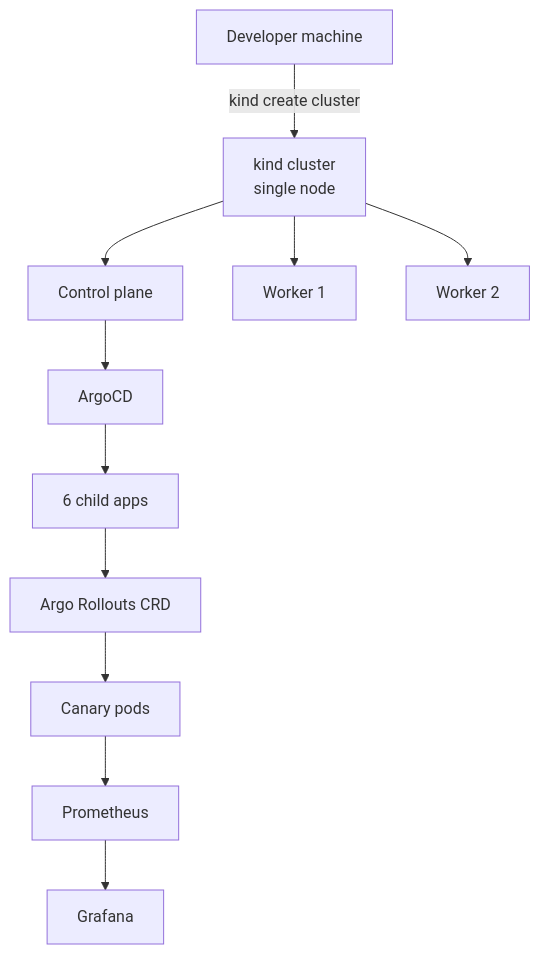
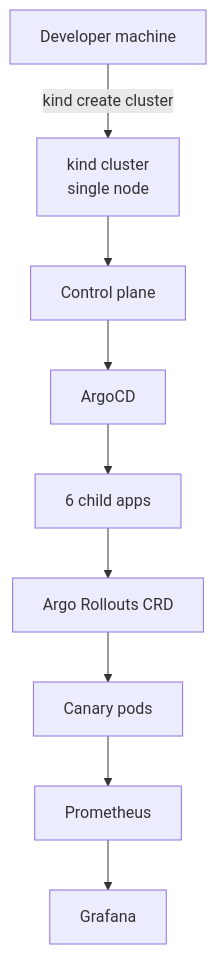
The diagram in README.md (ykstorm/devops-showcase), drawn with Mermaid before and after one commit. The commit also changed other lines of this file and 3 other files, not shown here.

````diff
--- a/README.md
+++ b/README.md
@@ -87,13 +84,11 @@
 ```mermaid
 graph TD
     Dev[Developer machine] -->|kind create cluster| Kind[kind cluster<br/>single node]
     Kind --> CP[Control plane]
-    Kind --> W1[Worker 1]
-    Kind --> W2[Worker 2]
     CP --> Argo[ArgoCD]
     Argo --> Apps[6 child apps]
     Apps --> Rollout[Argo Rollouts CRD]
     Rollout --> Pods[Canary pods]
     Pods --> Prom[Prometheus]
     Prom --> Graf[Grafana]
 ```
````
